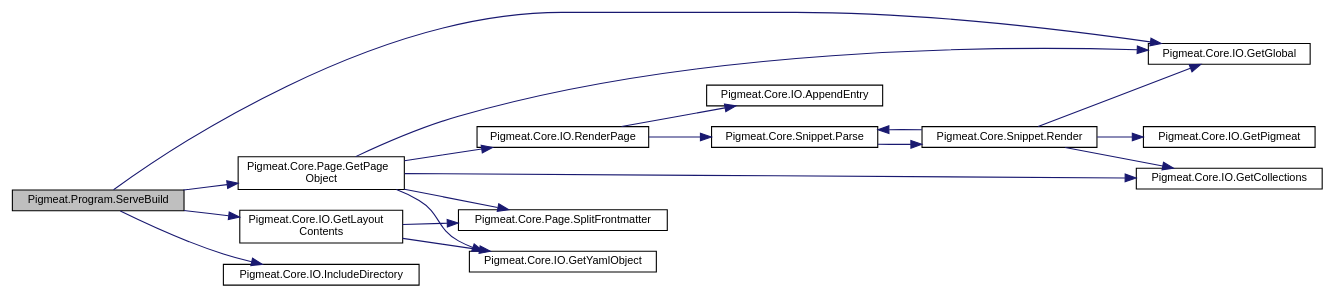
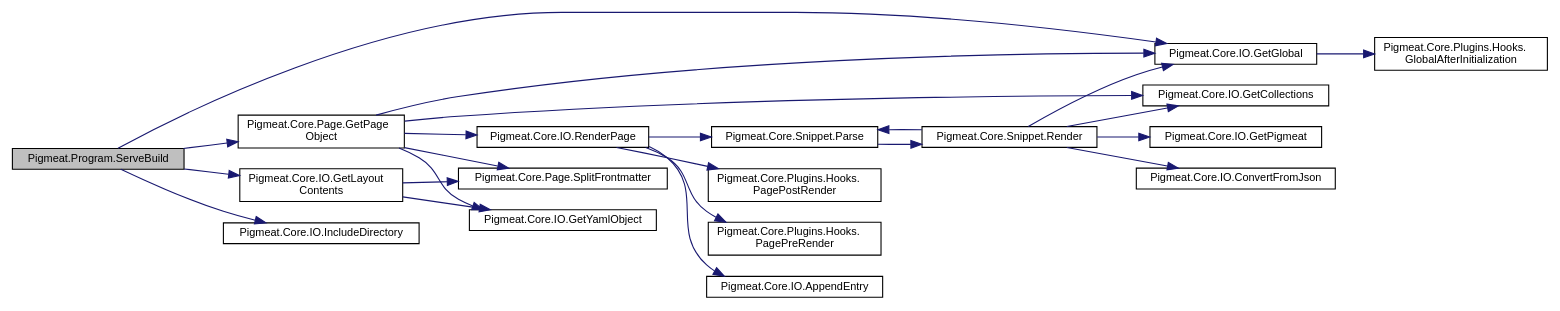
The diagram in class_pigmeat_1_1_program_a196f0e133927e9c381295c4915ebdfb2_cgraph.dot (milovidov983/Pigmeat), drawn with Graphviz before and after one commit. The commit also changed 196 other files, not shown here.

```diff
--- a/class_pigmeat_1_1_program_a196f0e133927e9c381295c4915ebdfb2_cgraph.dot
+++ b/class_pigmeat_1_1_program_a196f0e133927e9c381295c4915ebdfb2_cgraph.dot
@@ -1,37 +1,45 @@
 digraph "Pigmeat.Program.ServeBuild"
 {
   edge [fontname="Helvetica",fontsize="10",labelfontname="Helvetica",labelfontsize="10"];
   node [fontname="Helvetica",fontsize="10",shape=record];
   rankdir="LR";
-  Node107 [label="Pigmeat.Program.ServeBuild",height=0.2,width=0.4,color="black", fillcolor="grey75", style="filled", fontcolor="black"];
-  Node107 -> Node108 [color="midnightblue",fontsize="10",style="solid",fontname="Helvetica"];
-  Node108 [label="Pigmeat.Core.IO.GetGlobal",height=0.2,width=0.4,color="black", fillcolor="white", style="filled",URL="$class_pigmeat_1_1_core_1_1_i_o.html#a8f84ec34a489ed4c83089b16308ddc7f",tooltip="Get file representing project&#39;s Global context "];
-  Node107 -> Node109 [color="midnightblue",fontsize="10",style="solid",fontname="Helvetica"];
-  Node109 [label="Pigmeat.Core.IO.GetLayout\lContents",height=0.2,width=0.4,color="black", fillcolor="white", style="filled",URL="$class_pigmeat_1_1_core_1_1_i_o.html#ae9cd73892daa23bdf19c9a229fe62b7b",tooltip="Get the contents of Layouts recursively "];
-  Node109 -> Node110 [color="midnightblue",fontsize="10",style="solid",fontname="Helvetica"];
-  Node110 [label="Pigmeat.Core.Page.SplitFrontmatter",height=0.2,width=0.4,color="black", fillcolor="white", style="filled",URL="$class_pigmeat_1_1_core_1_1_page.html#adeeba3432008a2b7718ad52c2e0ae058",tooltip="Gets the YAML of the frontmatter for a given page "];
-  Node109 -> Node111 [color="midnightblue",fontsize="10",style="solid",fontname="Helvetica"];
-  Node111 [label="Pigmeat.Core.IO.GetYamlObject",height=0.2,width=0.4,color="black", fillcolor="white", style="filled",URL="$class_pigmeat_1_1_core_1_1_i_o.html#a65785eb7263115da1c592b06597727f5",tooltip="Convert YAML data into JObject "];
-  Node107 -> Node112 [color="midnightblue",fontsize="10",style="solid",fontname="Helvetica"];
-  Node112 [label="Pigmeat.Core.Page.GetPage\lObject",height=0.2,width=0.4,color="black", fillcolor="white", style="filled",URL="$class_pigmeat_1_1_core_1_1_page.html#a3a2dee942bb7b2f763ce5d1caba4163d",tooltip="Parses a given page into a JObject "];
-  Node112 -> Node110 [color="midnightblue",fontsize="10",style="solid",fontname="Helvetica"];
-  Node112 -> Node111 [color="midnightblue",fontsize="10",style="solid",fontname="Helvetica"];
-  Node112 -> Node108 [color="midnightblue",fontsize="10",style="solid",fontname="Helvetica"];
-  Node112 -> Node113 [color="midnightblue",fontsize="10",style="solid",fontname="Helvetica"];
-  Node113 [label="Pigmeat.Core.IO.GetCollections",height=0.2,width=0.4,color="black", fillcolor="white", style="filled",URL="$class_pigmeat_1_1_core_1_1_i_o.html#a95f27be3fb9f5fd7e668f903c4e1cfb4",tooltip="Create a JObject to merge with the Global context containing each collection&#39;s collection.json data "];
-  Node112 -> Node114 [color="midnightblue",fontsize="10",style="solid",fontname="Helvetica"];
-  Node114 [label="Pigmeat.Core.IO.RenderPage",height=0.2,width=0.4,color="black", fillcolor="white", style="filled",URL="$class_pigmeat_1_1_core_1_1_i_o.html#a60f49d31957620c308423cad19dbf5f6",tooltip="Take layout, place Markdig-parsed content in layout, evaluate includes, render with Scriban ..."];
-  Node114 -> Node115 [color="midnightblue",fontsize="10",style="solid",fontname="Helvetica"];
-  Node115 [label="Pigmeat.Core.Snippet.Parse",height=0.2,width=0.4,color="black", fillcolor="white", style="filled",URL="$class_pigmeat_1_1_core_1_1_snippet.html#a54ea5e1d3a8cd6308a1b1c9f01457146",tooltip="Parses through each {! snippet !} call in a page and evaluates them "];
-  Node115 -> Node116 [color="midnightblue",fontsize="10",style="solid",fontname="Helvetica"];
-  Node116 [label="Pigmeat.Core.Snippet.Render",height=0.2,width=0.4,color="black", fillcolor="white", style="filled",URL="$class_pigmeat_1_1_core_1_1_snippet.html#ac3dd182d3699b9997372e1baa768de2b",tooltip="Renders Snippets "];
-  Node116 -> Node108 [color="midnightblue",fontsize="10",style="solid",fontname="Helvetica"];
-  Node116 -> Node113 [color="midnightblue",fontsize="10",style="solid",fontname="Helvetica"];
-  Node116 -> Node117 [color="midnightblue",fontsize="10",style="solid",fontname="Helvetica"];
-  Node117 [label="Pigmeat.Core.IO.GetPigmeat",height=0.2,width=0.4,color="black", fillcolor="white", style="filled",URL="$class_pigmeat_1_1_core_1_1_i_o.html#ab52a010415630b7063180fd58759eab3",tooltip="Get JObject representing project&#39;s Pigmeat context "];
-  Node116 -> Node115 [color="midnightblue",fontsize="10",style="solid",fontname="Helvetica"];
-  Node114 -> Node118 [color="midnightblue",fontsize="10",style="solid",fontname="Helvetica"];
-  Node118 [label="Pigmeat.Core.IO.AppendEntry",height=0.2,width=0.4,color="black", fillcolor="white", style="filled",URL="$class_pigmeat_1_1_core_1_1_i_o.html#a513be40f796bdadd8f6eb31f2446716a",tooltip="Adds JObject representations of pages in a collection to the collection&#39;s entries field in its collec..."];
-  Node107 -> Node119 [color="midnightblue",fontsize="10",style="solid",fontname="Helvetica"];
-  Node119 [label="Pigmeat.Core.IO.IncludeDirectory",height=0.2,width=0.4,color="black", fillcolor="white", style="filled",URL="$class_pigmeat_1_1_core_1_1_i_o.html#ab8a3a50a1c1ae3b1183e298846b77abd",tooltip="Copy a directory recursively, for if in {{{ global.include }}} "];
+  Node125 [label="Pigmeat.Program.ServeBuild",height=0.2,width=0.4,color="black", fillcolor="grey75", style="filled", fontcolor="black"];
+  Node125 -> Node126 [color="midnightblue",fontsize="10",style="solid",fontname="Helvetica"];
+  Node126 [label="Pigmeat.Core.IO.GetGlobal",height=0.2,width=0.4,color="black", fillcolor="white", style="filled",URL="$class_pigmeat_1_1_core_1_1_i_o.html#a8f84ec34a489ed4c83089b16308ddc7f",tooltip="Get file representing project&#39;s Global context "];
+  Node126 -> Node127 [color="midnightblue",fontsize="10",style="solid",fontname="Helvetica"];
+  Node127 [label="Pigmeat.Core.Plugins.Hooks.\lGlobalAfterInitialization",height=0.2,width=0.4,color="black", fillcolor="white", style="filled",URL="$class_pigmeat_1_1_core_1_1_plugins_1_1_hooks.html#ab2e3f7c36307a442db4ad8da510d2ee0",tooltip="Immediately after getting the global context"];
+  Node125 -> Node128 [color="midnightblue",fontsize="10",style="solid",fontname="Helvetica"];
+  Node128 [label="Pigmeat.Core.IO.GetLayout\lContents",height=0.2,width=0.4,color="black", fillcolor="white", style="filled",URL="$class_pigmeat_1_1_core_1_1_i_o.html#ae9cd73892daa23bdf19c9a229fe62b7b",tooltip="Get the contents of Layouts recursively "];
+  Node128 -> Node129 [color="midnightblue",fontsize="10",style="solid",fontname="Helvetica"];
+  Node129 [label="Pigmeat.Core.Page.SplitFrontmatter",height=0.2,width=0.4,color="black", fillcolor="white", style="filled",URL="$class_pigmeat_1_1_core_1_1_page.html#adeeba3432008a2b7718ad52c2e0ae058",tooltip="Gets the YAML of the frontmatter for a given page "];
+  Node128 -> Node130 [color="midnightblue",fontsize="10",style="solid",fontname="Helvetica"];
+  Node130 [label="Pigmeat.Core.IO.GetYamlObject",height=0.2,width=0.4,color="black", fillcolor="white", style="filled",URL="$class_pigmeat_1_1_core_1_1_i_o.html#a65785eb7263115da1c592b06597727f5",tooltip="Convert YAML data into JObject "];
+  Node125 -> Node131 [color="midnightblue",fontsize="10",style="solid",fontname="Helvetica"];
+  Node131 [label="Pigmeat.Core.Page.GetPage\lObject",height=0.2,width=0.4,color="black", fillcolor="white", style="filled",URL="$class_pigmeat_1_1_core_1_1_page.html#a3a2dee942bb7b2f763ce5d1caba4163d",tooltip="Parses a given page into a JObject "];
+  Node131 -> Node129 [color="midnightblue",fontsize="10",style="solid",fontname="Helvetica"];
+  Node131 -> Node130 [color="midnightblue",fontsize="10",style="solid",fontname="Helvetica"];
+  Node131 -> Node126 [color="midnightblue",fontsize="10",style="solid",fontname="Helvetica"];
+  Node131 -> Node132 [color="midnightblue",fontsize="10",style="solid",fontname="Helvetica"];
+  Node132 [label="Pigmeat.Core.IO.GetCollections",height=0.2,width=0.4,color="black", fillcolor="white", style="filled",URL="$class_pigmeat_1_1_core_1_1_i_o.html#a95f27be3fb9f5fd7e668f903c4e1cfb4",tooltip="Create a JObject to merge with the Global context containing each collection&#39;s collection.json data "];
+  Node131 -> Node133 [color="midnightblue",fontsize="10",style="solid",fontname="Helvetica"];
+  Node133 [label="Pigmeat.Core.IO.RenderPage",height=0.2,width=0.4,color="black", fillcolor="white", style="filled",URL="$class_pigmeat_1_1_core_1_1_i_o.html#a60f49d31957620c308423cad19dbf5f6",tooltip="Take layout, place Markdig-parsed content in layout, evaluate includes, render with Scriban ..."];
+  Node133 -> Node134 [color="midnightblue",fontsize="10",style="solid",fontname="Helvetica"];
+  Node134 [label="Pigmeat.Core.Plugins.Hooks.\lPagePreRender",height=0.2,width=0.4,color="black", fillcolor="white", style="filled",URL="$class_pigmeat_1_1_core_1_1_plugins_1_1_hooks.html#a30ab361c94c635258dbd8ed9b42b1327",tooltip="Just before rendering a page"];
+  Node133 -> Node135 [color="midnightblue",fontsize="10",style="solid",fontname="Helvetica"];
+  Node135 [label="Pigmeat.Core.Snippet.Parse",height=0.2,width=0.4,color="black", fillcolor="white", style="filled",URL="$class_pigmeat_1_1_core_1_1_snippet.html#a54ea5e1d3a8cd6308a1b1c9f01457146",tooltip="Parses through each {! snippet !} call in a page and evaluates them "];
+  Node135 -> Node136 [color="midnightblue",fontsize="10",style="solid",fontname="Helvetica"];
+  Node136 [label="Pigmeat.Core.Snippet.Render",height=0.2,width=0.4,color="black", fillcolor="white", style="filled",URL="$class_pigmeat_1_1_core_1_1_snippet.html#ac3dd182d3699b9997372e1baa768de2b",tooltip="Renders Snippets "];
+  Node136 -> Node126 [color="midnightblue",fontsize="10",style="solid",fontname="Helvetica"];
+  Node136 -> Node132 [color="midnightblue",fontsize="10",style="solid",fontname="Helvetica"];
+  Node136 -> Node137 [color="midnightblue",fontsize="10",style="solid",fontname="Helvetica"];
+  Node137 [label="Pigmeat.Core.IO.ConvertFromJson",height=0.2,width=0.4,color="black", fillcolor="white", style="filled",URL="$class_pigmeat_1_1_core_1_1_i_o.html#a821d02a0d3f636011b2dc0f8e8703e18",tooltip="Convert JObject to Scriban objects "];
+  Node136 -> Node138 [color="midnightblue",fontsize="10",style="solid",fontname="Helvetica"];
+  Node138 [label="Pigmeat.Core.IO.GetPigmeat",height=0.2,width=0.4,color="black", fillcolor="white", style="filled",URL="$class_pigmeat_1_1_core_1_1_i_o.html#ab52a010415630b7063180fd58759eab3",tooltip="Get JObject representing project&#39;s Pigmeat context "];
+  Node136 -> Node135 [color="midnightblue",fontsize="10",style="solid",fontname="Helvetica"];
+  Node133 -> Node139 [color="midnightblue",fontsize="10",style="solid",fontname="Helvetica"];
+  Node139 [label="Pigmeat.Core.IO.AppendEntry",height=0.2,width=0.4,color="black", fillcolor="white", style="filled",URL="$class_pigmeat_1_1_core_1_1_i_o.html#a513be40f796bdadd8f6eb31f2446716a",tooltip="Adds JObject representations of pages in a collection to the collection&#39;s entries field in its collec..."];
+  Node133 -> Node140 [color="midnightblue",fontsize="10",style="solid",fontname="Helvetica"];
+  Node140 [label="Pigmeat.Core.Plugins.Hooks.\lPagePostRender",height=0.2,width=0.4,color="black", fillcolor="white", style="filled",URL="$class_pigmeat_1_1_core_1_1_plugins_1_1_hooks.html#a6e5e78f601dbc7245682031d2ad378fa",tooltip="After rendering a page, but before writing it to disk"];
+  Node125 -> Node141 [color="midnightblue",fontsize="10",style="solid",fontname="Helvetica"];
+  Node141 [label="Pigmeat.Core.IO.IncludeDirectory",height=0.2,width=0.4,color="black", fillcolor="white", style="filled",URL="$class_pigmeat_1_1_core_1_1_i_o.html#ab8a3a50a1c1ae3b1183e298846b77abd",tooltip="Copy a directory recursively, for if in {{{ global.include }}} "];
 }
```
